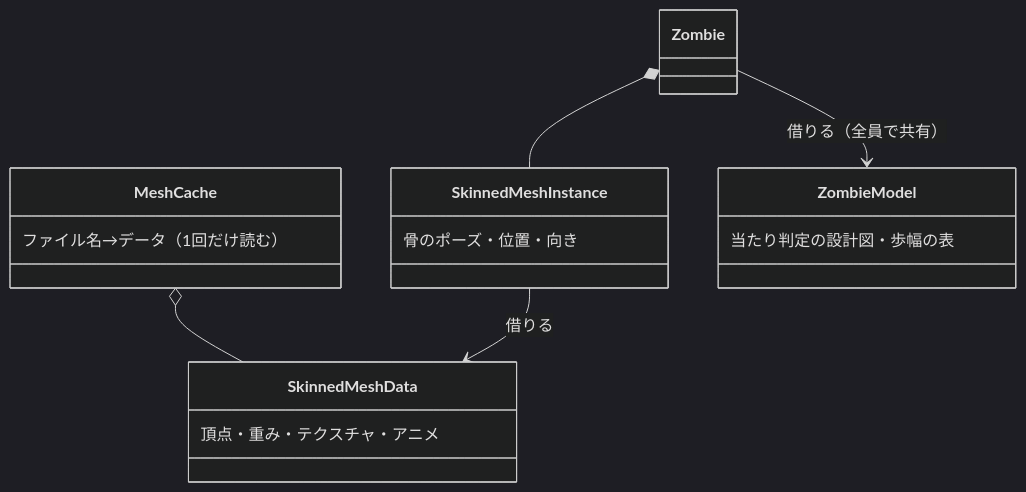
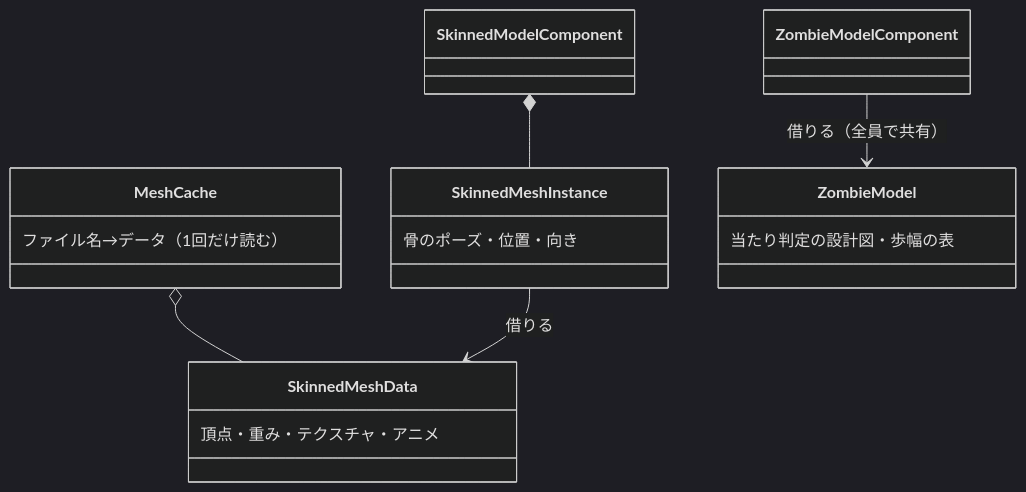
The fourth of 7 diagrams in SummaryPlan/技術まとめ_ポートフォリオ.md (madoromi05/LastDrop), drawn with Mermaid (dark theme) before and after one commit. The commit also changed other lines of this file and 88 other files, not shown here.

````diff
--- a/SummaryPlan/技術まとめ_ポートフォリオ.md
+++ b/SummaryPlan/技術まとめ_ポートフォリオ.md
@@ -209,20 +272,21 @@
 ```mermaid
 classDiagram
     class MeshCache {
         ファイル名→データ（1回だけ読む）
     }
     class SkinnedMeshData {
         頂点・重み・テクスチャ・アニメ
     }
     class SkinnedMeshInstance {
         骨のポーズ・位置・向き
     }
     class ZombieModel {
         当たり判定の設計図・歩幅の表
     }
-    class Zombie
+    class SkinnedModelComponent
+    class ZombieModelComponent
     MeshCache o-- SkinnedMeshData
     SkinnedMeshInstance --> SkinnedMeshData : 借りる
-    Zombie *-- SkinnedMeshInstance
-    Zombie --> ZombieModel : 借りる（全員で共有）
+    SkinnedModelComponent *-- SkinnedMeshInstance
+    ZombieModelComponent --> ZombieModel : 借りる（全員で共有）
 ```
````
